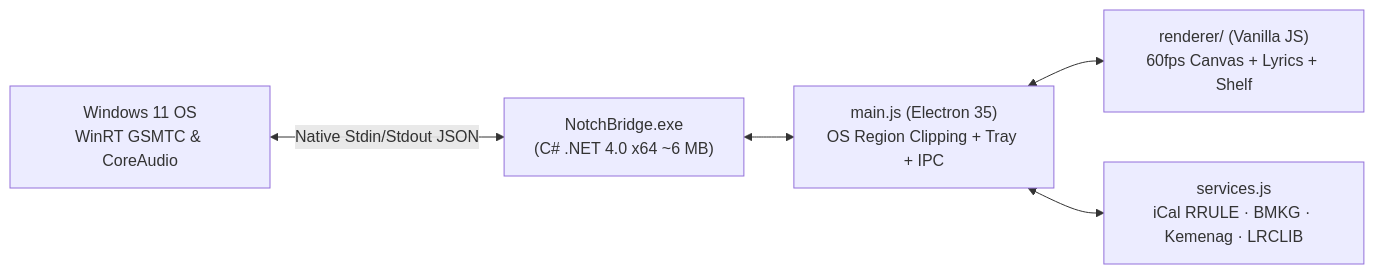
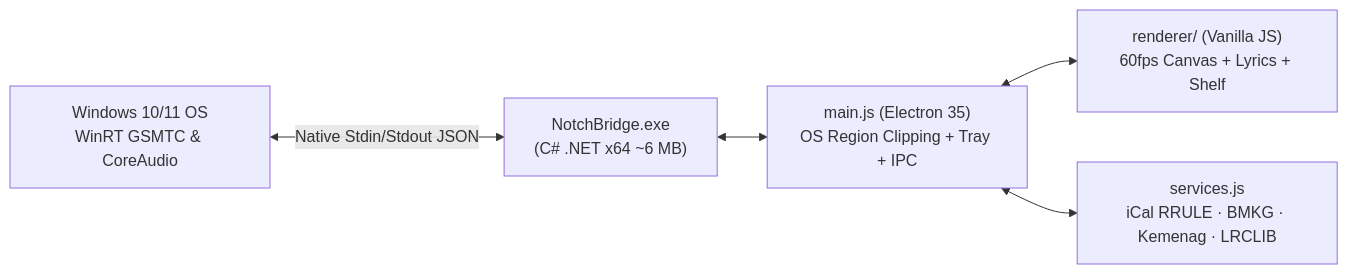
The diagram in README.md (Asikraam/DynotchFlow), drawn with Mermaid before and after one commit. The commit also changed other lines of this file and 18 other files, not shown here.

````diff
--- a/README.md
+++ b/README.md
@@ -107,7 +131,7 @@
 ```mermaid
 flowchart LR
-    WIN["Windows 11 OS<br/>WinRT GSMTC & CoreAudio"] <-->|Native Stdin/Stdout JSON| NB["NotchBridge.exe<br/>(C# .NET 4.0 x64 ~6 MB)"]
+    WIN["Windows 10/11 OS<br/>WinRT GSMTC & CoreAudio"] <-->|Native Stdin/Stdout JSON| NB["NotchBridge.exe<br/>(C# .NET x64 ~6 MB)"]
     NB <--> MAIN["main.js (Electron 35)<br/>OS Region Clipping + Tray + IPC"]
     MAIN <--> REN["renderer/ (Vanilla JS)<br/>60fps Canvas + Lyrics + Shelf"]
     MAIN <--> SVC["services.js<br/>iCal RRULE · BMKG · Kemenag · LRCLIB"]
 ```
````
